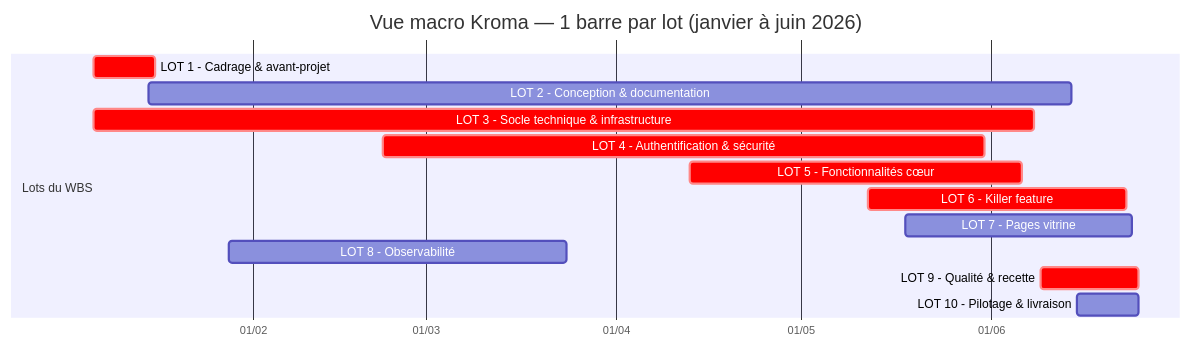
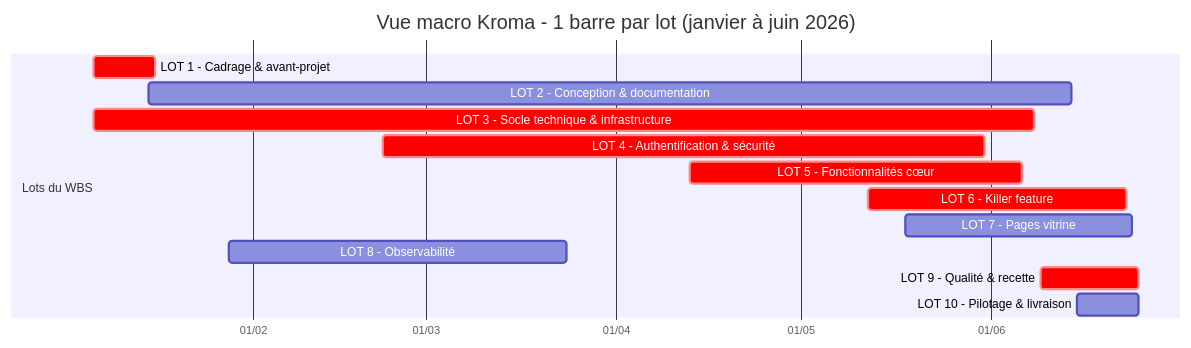
One commit to TonyMascate/fil_rouge_plateforme changed the first of 2 diagrams in docs/wbs-planning.md. Above: the diagram before and after it, drawn with Mermaid. The commit also changed other lines of this file and 62 other files, not shown here.

````diff
--- a/docs/wbs-planning.md
+++ b/docs/wbs-planning.md
@@ -151,18 +151,18 @@
 ```mermaid
 gantt
-    title Vue macro Kroma — 1 barre par lot (janvier à juin 2026)
+    title Vue macro Kroma - 1 barre par lot (janvier à juin 2026)
     dateFormat  YYYY-MM-DD
     axisFormat  %d/%m
 
     section Lots du WBS
     LOT 1 - Cadrage & avant-projet           :crit, m1, 2026-01-06, 2026-01-16
     LOT 2 - Conception & documentation       :m2, 2026-01-15, 2026-06-14
     LOT 3 - Socle technique & infrastructure :crit, m3, 2026-01-06, 2026-06-08
     LOT 4 - Authentification & sécurité      :crit, m4, 2026-02-22, 2026-05-31
     LOT 5 - Fonctionnalités cœur             :crit, m5, 2026-04-13, 2026-06-06
     LOT 6 - Killer feature                   :crit, m6, 2026-05-12, 2026-06-23
     LOT 7 - Pages vitrine                    :m7, 2026-05-18, 2026-06-24
     LOT 8 - Observabilité                    :m8, 2026-01-28, 2026-03-24
     LOT 9 - Qualité & recette                :crit, m9, 2026-06-09, 2026-06-25
     LOT 10 - Pilotage & livraison            :m10, 2026-06-15, 2026-06-25
 ```
````
